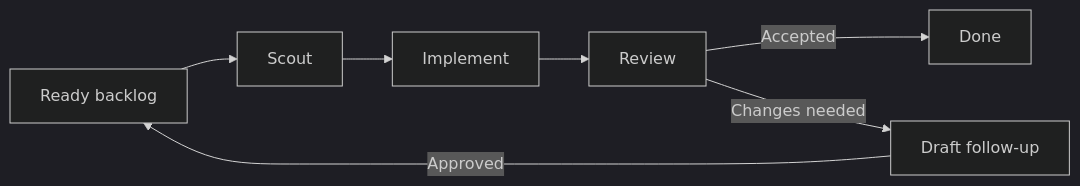
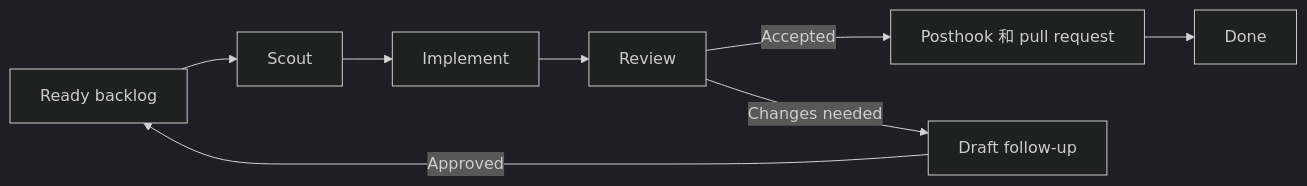
One commit to devos-ing/Roc changed the diagram in README.zh-HK.md. Above: the diagram before and after it, drawn with Mermaid (dark theme). The commit also changed other lines of this file and 20 other files, not shown here.

````diff
--- a/README.zh-HK.md
+++ b/README.zh-HK.md
@@ -209,9 +210,10 @@
 ```mermaid
 flowchart LR
     B[Ready backlog] --> S[Scout]
     S --> I[Implement]
     I --> R[Review]
-    R -->|Accepted| D[Done]
+    R -->|Accepted| P[Posthook 和 pull request]
+    P --> D[Done]
     R -->|Changes needed| F[Draft follow-up]
     F -->|Approved| B[Ready backlog]
 ```
````
